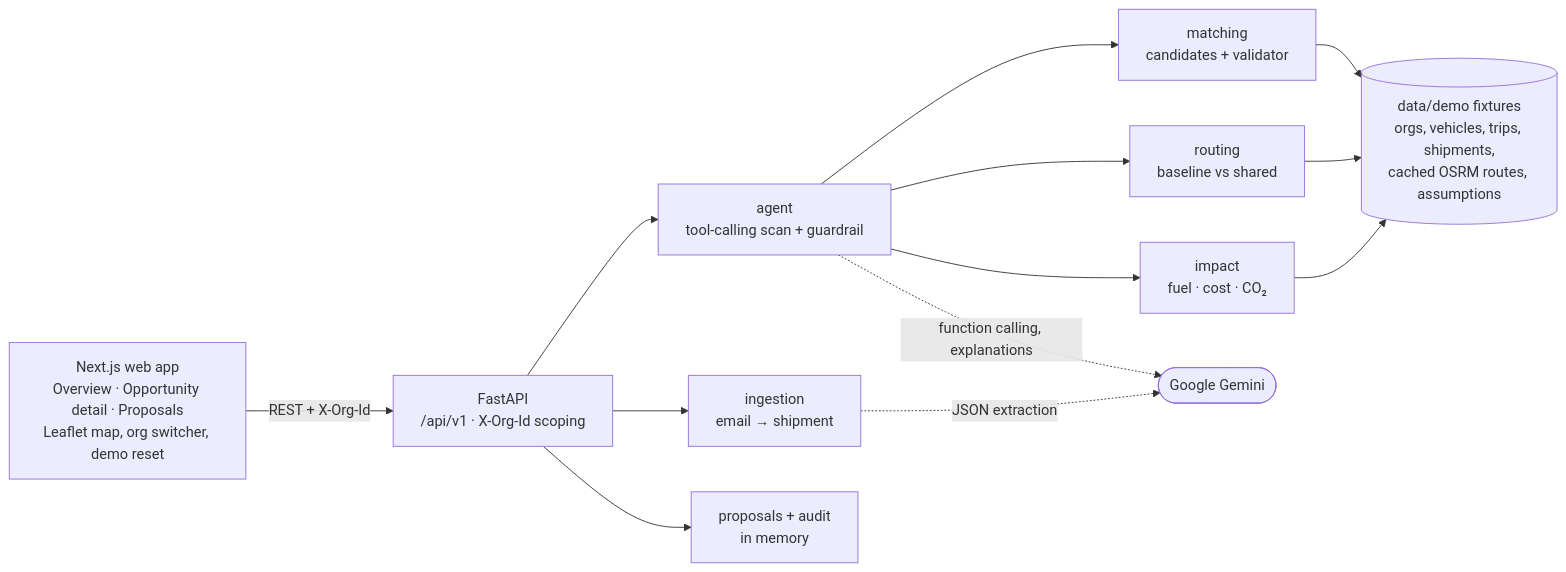
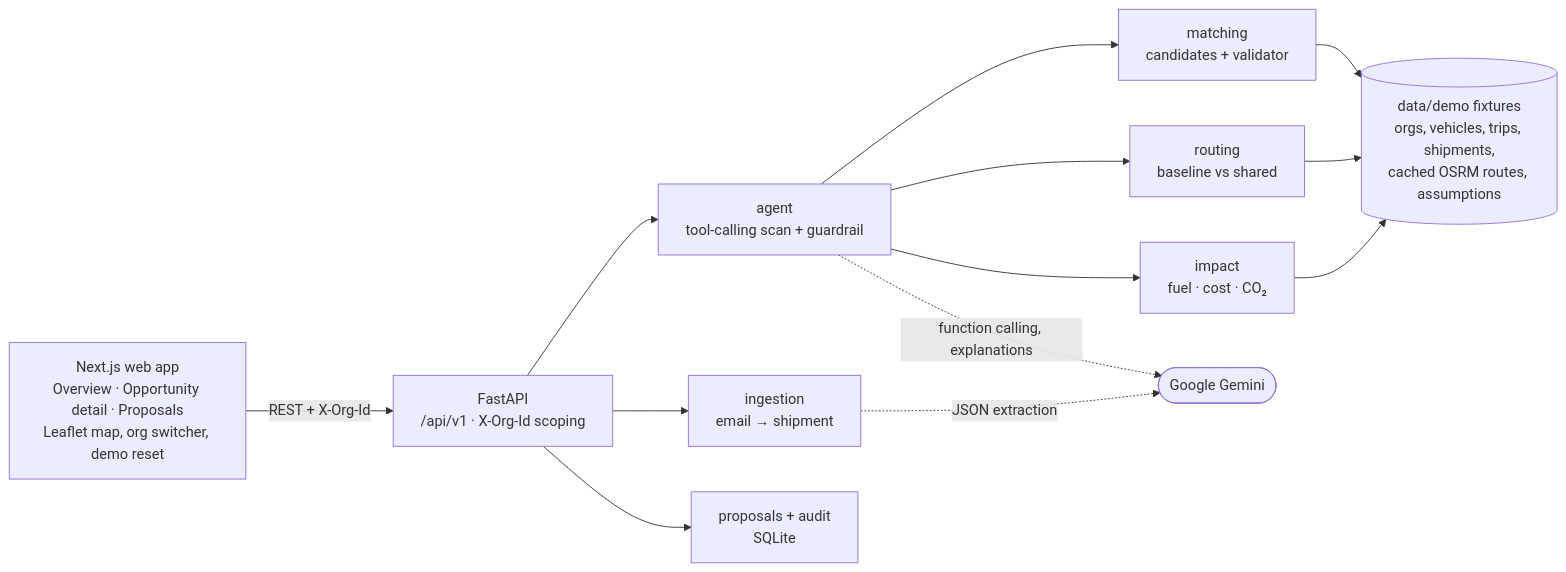
Before and after one commit to kishanKOTA/ShareLoad: the diagram in README.md, drawn with Mermaid. The commit also changed other lines of this file and 15 other files, not shown here.

Commit message:
feat(backend): complete proposals, approvals, audit and deployment setup

````diff
--- a/README.md
+++ b/README.md
@@ -75,20 +75,20 @@
 ```mermaid
 flowchart LR
     UI["Next.js web app<br/>Overview · Opportunity detail · Proposals<br/>Leaflet map, org switcher, demo reset"]
     API["FastAPI<br/>/api/v1 · X-Org-Id scoping"]
     M["matching<br/>candidates + validator"]
     R["routing<br/>baseline vs shared"]
     I["impact<br/>fuel · cost · CO₂"]
     A["agent<br/>tool-calling scan + guardrail"]
     X["ingestion<br/>email → shipment"]
-    P["proposals + audit<br/>in memory"]
+    P["proposals + audit<br/>SQLite"]
     F[("data/demo fixtures<br/>orgs, vehicles, trips, shipments,<br/>cached OSRM routes, assumptions")]
     G(["Google Gemini"])
 
     UI -->|REST + X-Org-Id| API
     API --> A & X & P
     A --> M & R & I
     M & R & I --> F
     A -.->|function calling, explanations| G
     X -.->|JSON extraction| G
 ```
````
